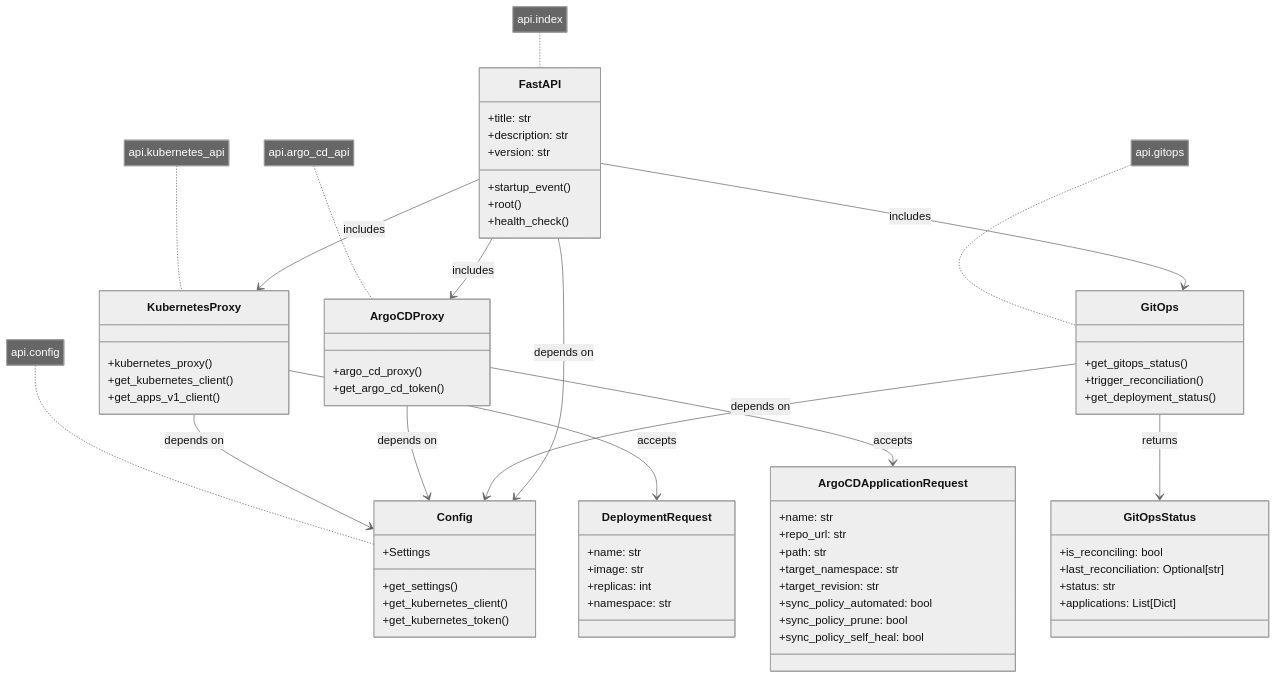
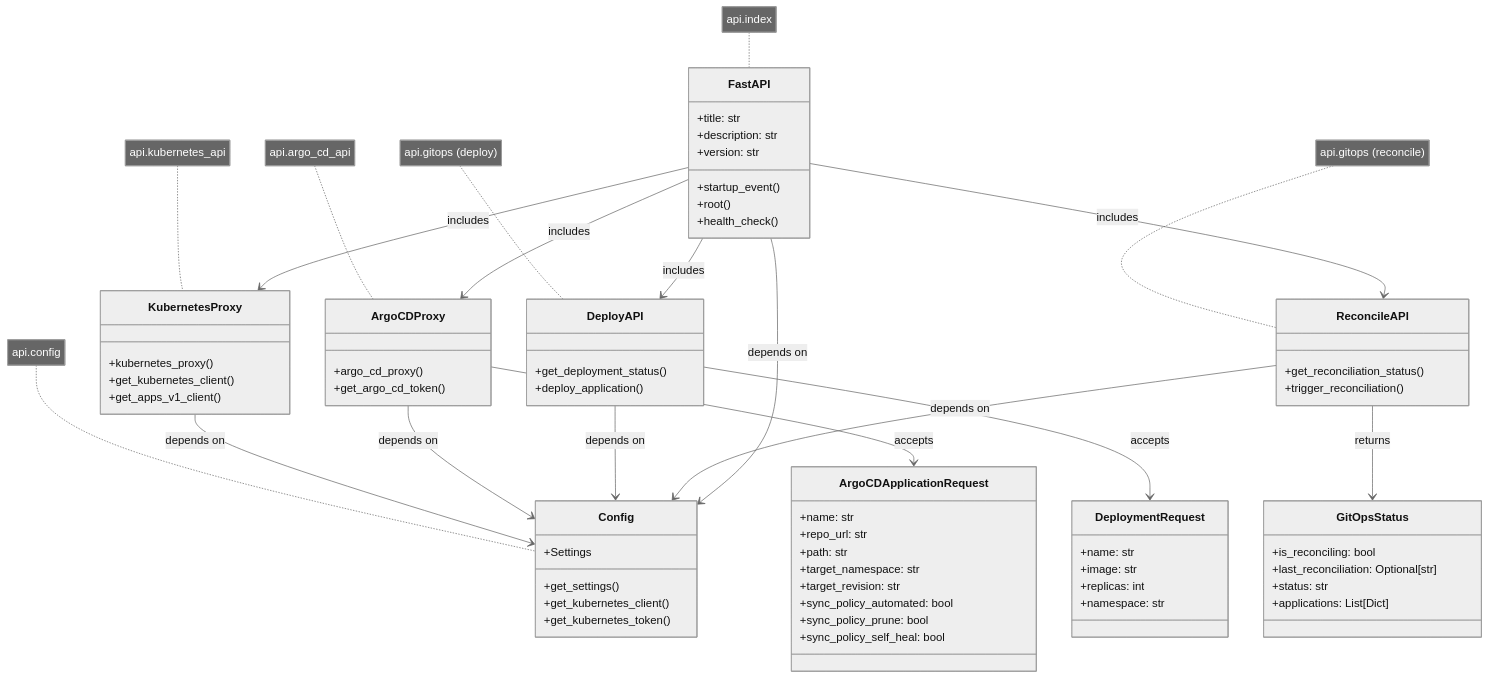
One commit to lloydchang/tvp-k8s changed the sixth of 11 diagrams in README.md. Above: the diagram before and after it, drawn with Mermaid (neutral theme). The commit also changed 6 other files, not shown here.

````diff
--- a/README.md
+++ b/README.md
@@ -593,10 +593,14 @@
         +get_argo_cd_token()
     }
     
-    class GitOps {
-        +get_gitops_status()
+    class DeployAPI {
+        +get_deployment_status()
+        +deploy_application()
+    }
+    
+    class ReconcileAPI {
+        +get_reconciliation_status()
         +trigger_reconciliation()
-        +get_deployment_status()
     }
     
     class Config {
@@ -633,18 +637,21 @@
     
     FastAPI --> KubernetesProxy : includes
     FastAPI --> ArgoCDProxy : includes
-    FastAPI --> GitOps : includes
+    FastAPI --> DeployAPI : includes
+    FastAPI --> ReconcileAPI : includes
     KubernetesProxy --> Config : depends on
     ArgoCDProxy --> Config : depends on
-    GitOps --> Config : depends on
+    DeployAPI --> Config : depends on
+    ReconcileAPI --> Config : depends on
     FastAPI --> Config : depends on
-    GitOps --> GitOpsStatus : returns
-    KubernetesProxy --> DeploymentRequest : accepts
+    ReconcileAPI --> GitOpsStatus : returns
+    DeployAPI --> DeploymentRequest : accepts
     ArgoCDProxy --> ArgoCDApplicationRequest : accepts
 
     note for FastAPI "api.index"
     note for KubernetesProxy "api.kubernetes_api"
     note for ArgoCDProxy "api.argo_cd_api" 
-    note for GitOps "api.gitops"
+    note for DeployAPI "api.gitops (deploy)"
+    note for ReconcileAPI "api.gitops (reconcile)"
     note for Config "api.config"
 ```
````
